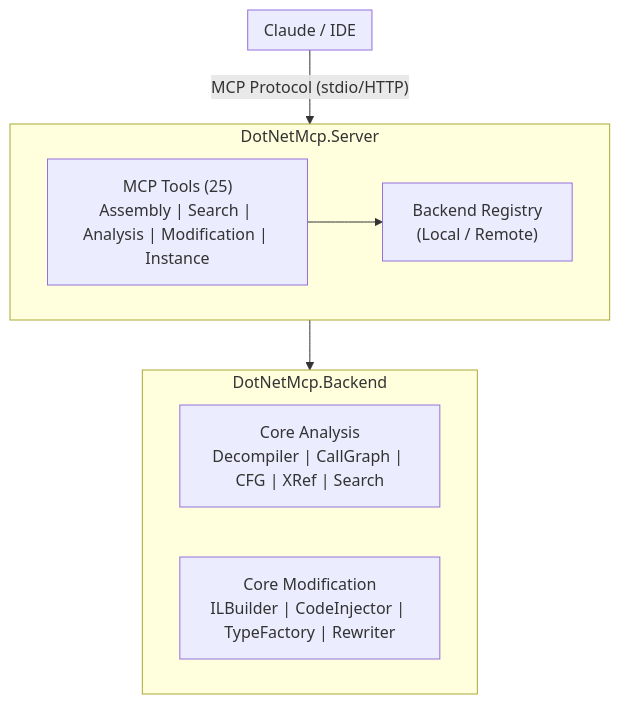
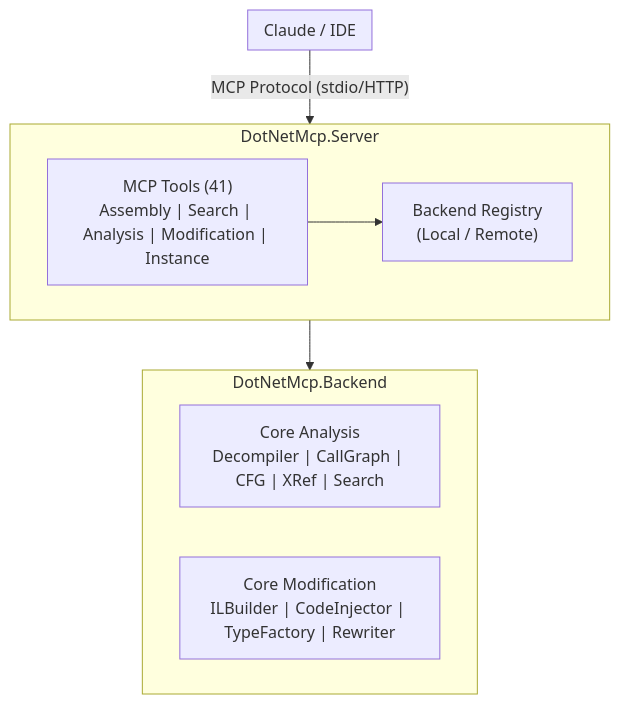
The first of 2 diagrams in README.md (xjoker/DotNetMCP), drawn with Mermaid before and after one commit. The commit also changed other lines of this file and 56 other files, not shown here.

````diff
--- a/README.md
+++ b/README.md
@@ -27,20 +31,20 @@
 ```mermaid
 flowchart TB
     subgraph Client["Claude / IDE"]
     end
 
     Client -->|"MCP Protocol (stdio/HTTP)"| Server
 
     subgraph Server["DotNetMcp.Server"]
-        Tools["MCP Tools (25)<br/>Assembly | Search | Analysis | Modification | Instance"]
+        Tools["MCP Tools (41)<br/>Assembly | Search | Analysis | Modification | Instance"]
         Registry["Backend Registry<br/>(Local / Remote)"]
         Tools --> Registry
     end
 
     Server --> Backend
 
     subgraph Backend["DotNetMcp.Backend"]
         Analysis["Core Analysis<br/>Decompiler | CallGraph | CFG | XRef | Search"]
         Modification["Core Modification<br/>ILBuilder | CodeInjector | TypeFactory | Rewriter"]
     end
 ```
````
